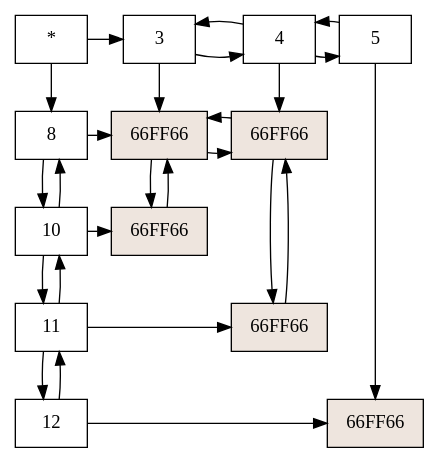
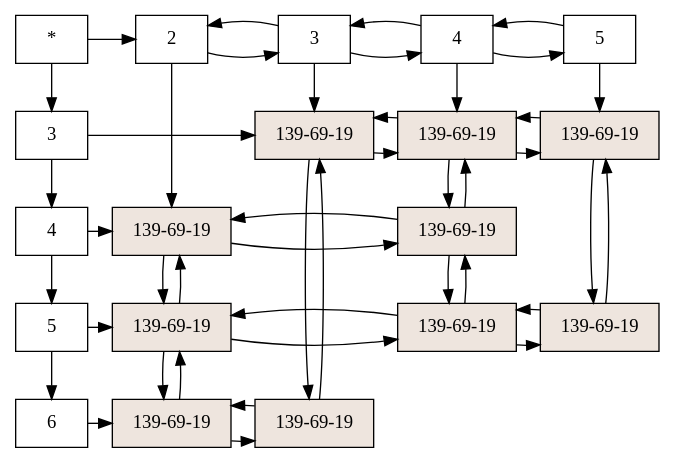
The diagram in Proyecto1/Matriz.dot (Eduardo01004/EDD_2S2019_PY1_201612124), drawn with Graphviz before and after one commit. The commit also changed 37 other files, not shown here.

```diff
--- a/Proyecto1/Matriz.dot
+++ b/Proyecto1/Matriz.dot
@@ -1,46 +1,70 @@
 digraph G{
 node [shape = box] 
 raiz[label="*"  group=1];
-177488 [label="8" group = 1]; 
-177104 [label="10" group = 1]; 
-176912 [label="11" group = 1]; 
-177200 [label="12" group = 1]; 
-177488->177104;
-177104->177488;
-177104->176912;
-176912->177104;
-176912->177200;
-177200->176912;
-176976 [label="3" group = 5]; 
-177552 [label="4" group = 6]; 
-176848 [label="5" group = 7]; 
-176976->177552;
-177552->176976;
-177552->176848;
-176848->177552;
-raiz -> 177488;
-raiz -> 176976;
-{ rank  = same; raiz 176976; 177552; 176848; }
-178456 [style=filled,fillcolor=seashell2,label= "66FF66" group = 5 ]; 
-178848 [style=filled,fillcolor=seashell2,label= "66FF66" group = 5 ]; 
-178400 [style=filled,fillcolor=seashell2,label= "66FF66" group = 6 ]; 
-178624 [style=filled,fillcolor=seashell2,label= "66FF66" group = 6 ]; 
-178904 [style=filled,fillcolor=seashell2,label= "66FF66" group = 7 ]; 
-177488->178456;
-178456->178400;
-178400->178456;
-{ rank = same; 177488; 178456; 178400; }
-177104->178848;
-{ rank = same; 177104; 178848; }
-176912->178624;
-{ rank = same; 176912; 178624; }
-177200->178904;
-{ rank = same; 177200; 178904; }
-176976->178456;
-178456->178848;
-178848->178456;
-177552->178400;
-178400->178624;
-178624->178400;
-176848->178904;
+11646632 [label="3" group = 1]; 
+11646664 [label="4" group = 1]; 
+11646920 [label="5" group = 1]; 
+11646728 [label="6" group = 1]; 
+11646632->11646664;
+11646664->11646920;
+11646920->11646728;
+11646600 [label="2" group = 4]; 
+11646952 [label="3" group = 5]; 
+11647336 [label="4" group = 6]; 
+11646856 [label="5" group = 7]; 
+11646600->11646952;
+11646952->11646600;
+11646952->11647336;
+11647336->11646952;
+11647336->11646856;
+11646856->11647336;
+raiz -> 11646632;
+raiz -> 11646600;
+{ rank  = same; raiz 11646600; 11646952; 11647336; 11646856; }
+11647776 [style=filled,fillcolor=seashell2,label= "139-69-19" group = 4 ]; 
+11647944 [style=filled,fillcolor=seashell2,label= "139-69-19" group = 4 ]; 
+11648504 [style=filled,fillcolor=seashell2,label= "139-69-19" group = 4 ]; 
+11647664 [style=filled,fillcolor=seashell2,label= "139-69-19" group = 5 ]; 
+11648672 [style=filled,fillcolor=seashell2,label= "139-69-19" group = 5 ]; 
+11648840 [style=filled,fillcolor=seashell2,label= "139-69-19" group = 6 ]; 
+11647888 [style=filled,fillcolor=seashell2,label= "139-69-19" group = 6 ]; 
+11648168 [style=filled,fillcolor=seashell2,label= "139-69-19" group = 6 ]; 
+11647720 [style=filled,fillcolor=seashell2,label= "139-69-19" group = 7 ]; 
+11648336 [style=filled,fillcolor=seashell2,label= "139-69-19" group = 7 ]; 
+11646632->11647664;
+11647664->11648840;
+11648840->11647664;
+11648840->11647720;
+11647720->11648840;
+{ rank = same; 11646632; 11647664; 11648840; 11647720; }
+11646664->11647776;
+11647776->11647888;
+11647888->11647776;
+{ rank = same; 11646664; 11647776; 11647888; }
+11646920->11647944;
+11647944->11648168;
+11648168->11647944;
+11648168->11648336;
+11648336->11648168;
+{ rank = same; 11646920; 11647944; 11648168; 11648336; }
+11646728->11648504;
+11648504->11648672;
+11648672->11648504;
+{ rank = same; 11646728; 11648504; 11648672; }
+11646600->11647776;
+11647776->11647944;
+11647944->11647776;
+11647944->11648504;
+11648504->11647944;
+11646952->11647664;
+11647664->11648672;
+11648672->11647664;
+11647336->11648840;
+11648840->11647888;
+11647888->11648840;
+11647888->11648168;
+11648168->11647888;
+11646856->11647720;
+11647720->11648336;
+11648336->11647720;
 }
```
